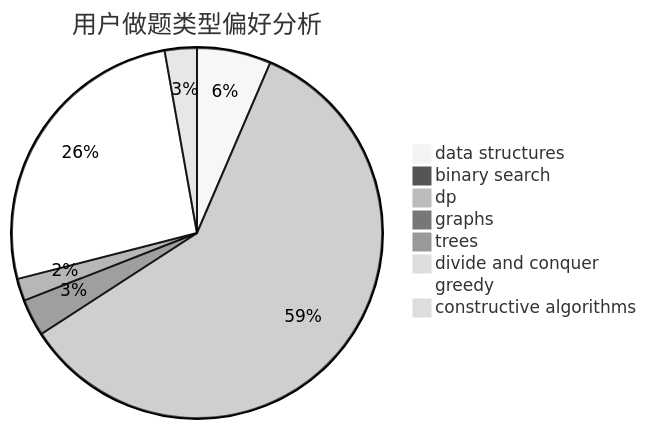
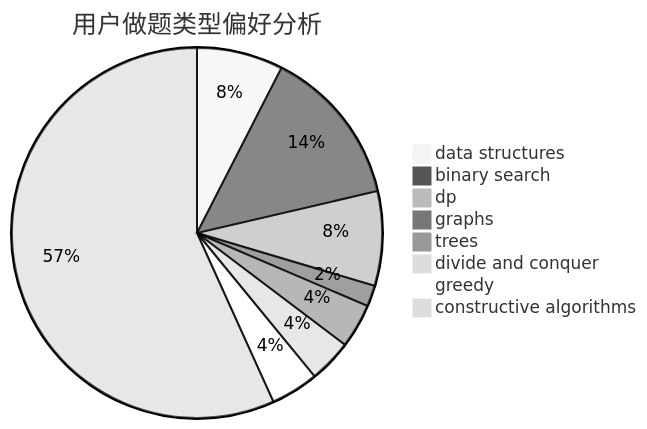
Before and after one commit to sherpahu/cfrs.github.io: the second of 3 diagrams in docs/user/u2657.md, drawn with Mermaid (neutral theme). The commit also changed other lines of this file and 2770 other files, not shown here.

````diff
--- a/docs/user/u2657.md
+++ b/docs/user/u2657.md
@@ -23,11 +23,11 @@
 ```mermaid
 pie title 用户做题类型偏好分析
-    "data structures" :  60
-    "binary search" :  5
-    "dp" :  551
-    "graphs" :  30
-    "trees" :  18
-    "divide and conquer" :  0
-    "greedy" :  243
-    "constructive algorithms" :  26
+    "data structures" :  74
+    "binary search" :  136
+    "dp" :  81
+    "graphs" :  18
+    "trees" :  38
+    "divide and conquer" :  37
+    "greedy" :  41
+    "constructive algorithms" :  558
 ```
````
